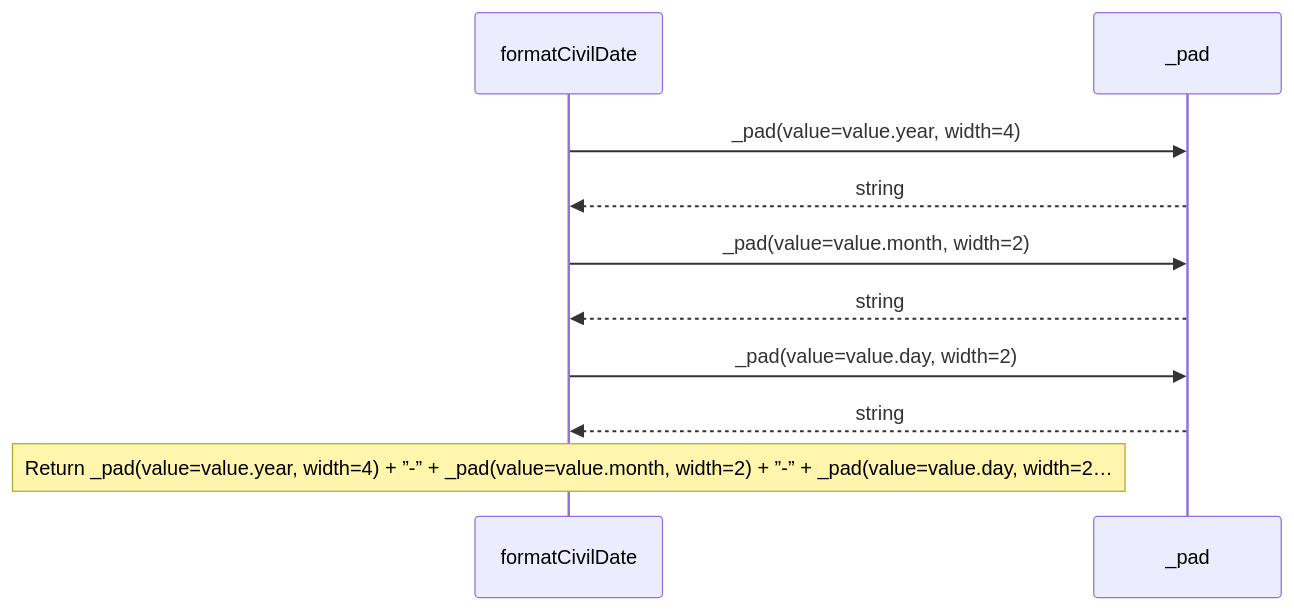
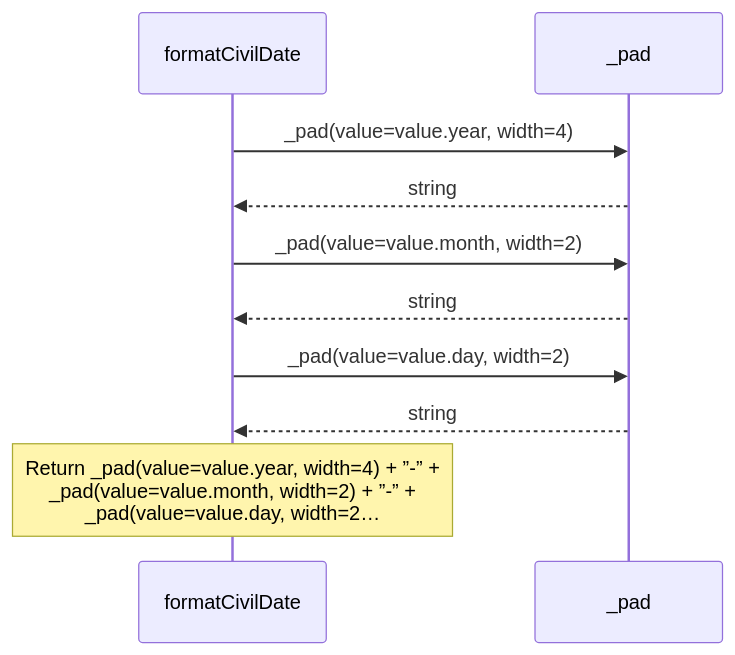
The seventh of 9 diagrams in src/stdlib/values/dates.aug.diagrams.md (GreenPandaStudios/augscript), drawn with Mermaid before and after one commit. The commit also changed other lines of this file and 200 other files, not shown here.

Commit message:
Group imported operations and wrap readable sequence messages

````diff
--- a/src/stdlib/values/dates.aug.diagrams.md
+++ b/src/stdlib/values/dates.aug.diagrams.md
@@ -181,12 +165,12 @@
 ```mermaid
 sequenceDiagram
     participant p0 as formatCivilDate
     participant p1 as _pad
     p0->>p1: _pad(value=value.year, width=4)
     p1-->>p0: string
     p0->>p1: _pad(value=value.month, width=2)
     p1-->>p0: string
     p0->>p1: _pad(value=value.day, width=2)
     p1-->>p0: string
-    Note over p0: Return _pad(value=value.year, width=4) + ”-” + _pad(value=value.month, width=2) + ”-” + _pad(value=value.day, width=2…
+    Note over p0: Return _pad(value=value.year, width=4) + ”-” +<br/>_pad(value=value.month, width=2) + ”-” +<br/>_pad(value=value.day, width=2…
 ```
````
